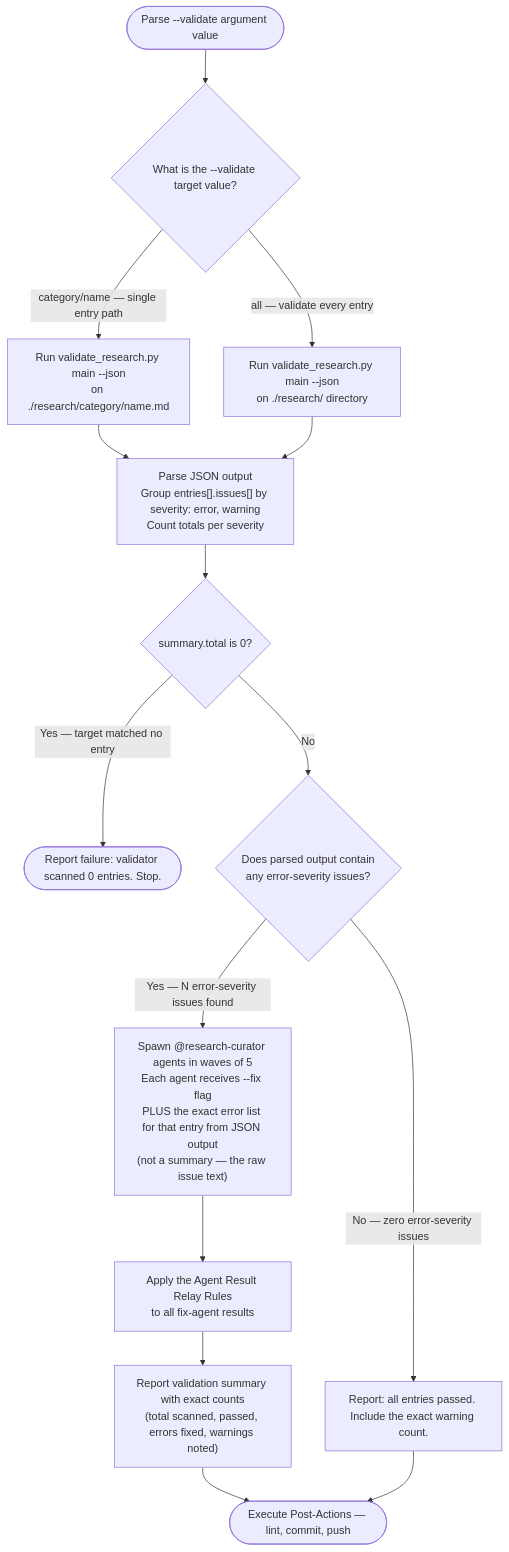
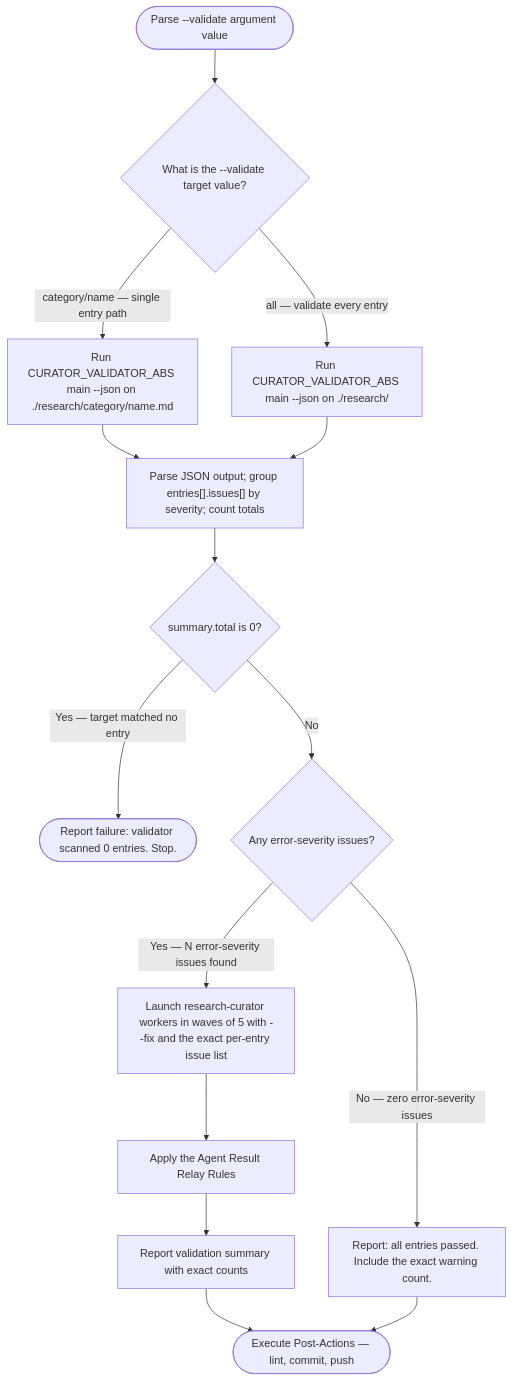
One commit to Jamie-BitFlight/claude_skills changed the third of 4 diagrams in .claude/skills/research-curator/SKILL.md. Above: the diagram before and after it, drawn with Mermaid. The commit also changed other lines of this file and 13 other files, not shown here.

````diff
--- a/.claude/skills/research-curator/SKILL.md
+++ b/.claude/skills/research-curator/SKILL.md
@@ -205,17 +243,17 @@
 ```mermaid
 flowchart TD
     Start(["Parse --validate argument value"]) --> Q{"What is the --validate target value?"}
-    Q -->|"category/name — single entry path"| RunScript["Run validate_research.py main --json<br>on ./research/category/name.md"]
-    Q -->|"all — validate every entry"| RunScriptAll["Run validate_research.py main --json<br>on ./research/ directory"]
-    RunScript --> ParseJSON["Parse JSON output<br>Group entries[].issues[] by severity: error, warning<br>Count totals per severity"]
+    Q -->|"category/name — single entry path"| RunScript["Run CURATOR_VALIDATOR_ABS main --json on ./research/category/name.md"]
+    Q -->|"all — validate every entry"| RunScriptAll["Run CURATOR_VALIDATOR_ABS main --json on ./research/"]
+    RunScript --> ParseJSON["Parse JSON output; group entries[].issues[] by severity; count totals"]
     RunScriptAll --> ParseJSON
     ParseJSON --> Zero{"summary.total is 0?"}
     Zero -->|"Yes — target matched no entry"| ZeroFail(["Report failure: validator scanned 0 entries. Stop."])
-    Zero -->|"No"| HasErrors{"Does parsed output contain<br>any error-severity issues?"}
-    HasErrors -->|"Yes — N error-severity issues found"| SpawnFix["Spawn @research-curator agents in waves of 5<br>Each agent receives --fix flag<br>PLUS the exact error list for that entry from JSON output<br>(not a summary — the raw issue text)"]
+    Zero -->|"No"| HasErrors{"Any error-severity issues?"}
+    HasErrors -->|"Yes — N error-severity issues found"| SpawnFix["Launch research-curator workers in waves of 5 with --fix and the exact per-entry issue list"]
     HasErrors -->|"No — zero error-severity issues"| ReportClean["Report: all entries passed. Include the exact warning count."]
-    SpawnFix --> RelayCheck["Apply the Agent Result Relay Rules<br>to all fix-agent results"]
-    RelayCheck --> ReportSummary["Report validation summary with exact counts<br>(total scanned, passed, errors fixed, warnings noted)"]
+    SpawnFix --> RelayCheck["Apply the Agent Result Relay Rules"]
+    RelayCheck --> ReportSummary["Report validation summary with exact counts"]
     ReportSummary --> PostActions(["Execute Post-Actions — lint, commit, push"])
     ReportClean --> PostActions
 ```
````
